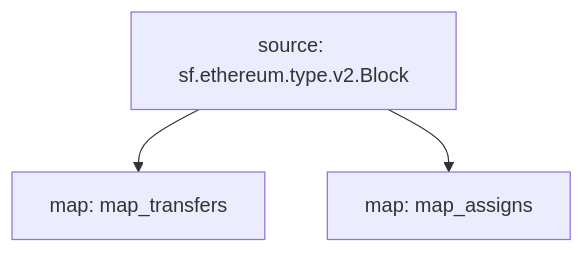
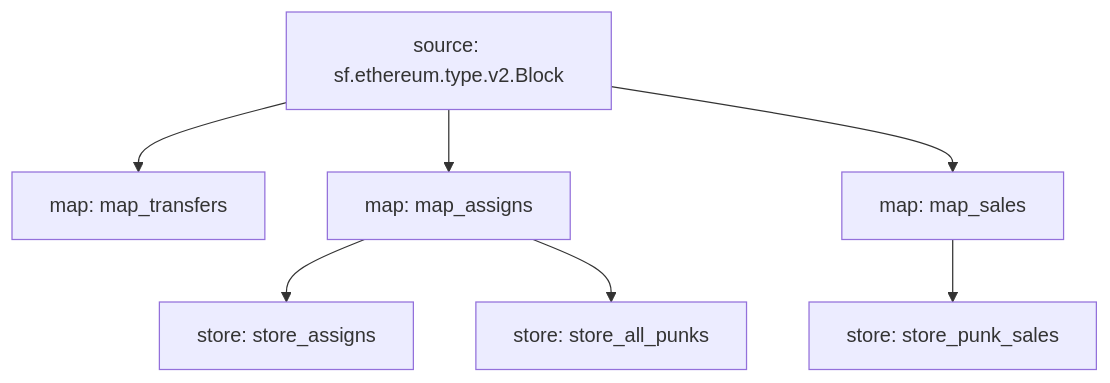
One commit to itsjerryokolo/cryptopunks_substreams changed the diagram in README.md. Above: the diagram before and after it, drawn with Mermaid. The commit also changed 5 other files, not shown here.

````diff
--- a/README.md
+++ b/README.md
@@ -3,7 +3,15 @@
 ```mermaid
 graph TD;
   map_transfers[map: map_transfers]
   sf.ethereum.type.v2.Block[source: sf.ethereum.type.v2.Block] --> map_transfers
   map_assigns[map: map_assigns]
   sf.ethereum.type.v2.Block[source: sf.ethereum.type.v2.Block] --> map_assigns
+  store_assigns[store: store_assigns]
+  map_assigns --> store_assigns
+  store_all_punks[store: store_all_punks]
+  map_assigns --> store_all_punks
+  store_punk_sales[store: store_punk_sales]
+  map_sales --> store_punk_sales
+  map_sales[map: map_sales]
+  sf.ethereum.type.v2.Block[source: sf.ethereum.type.v2.Block] --> map_sales
 ```
````
